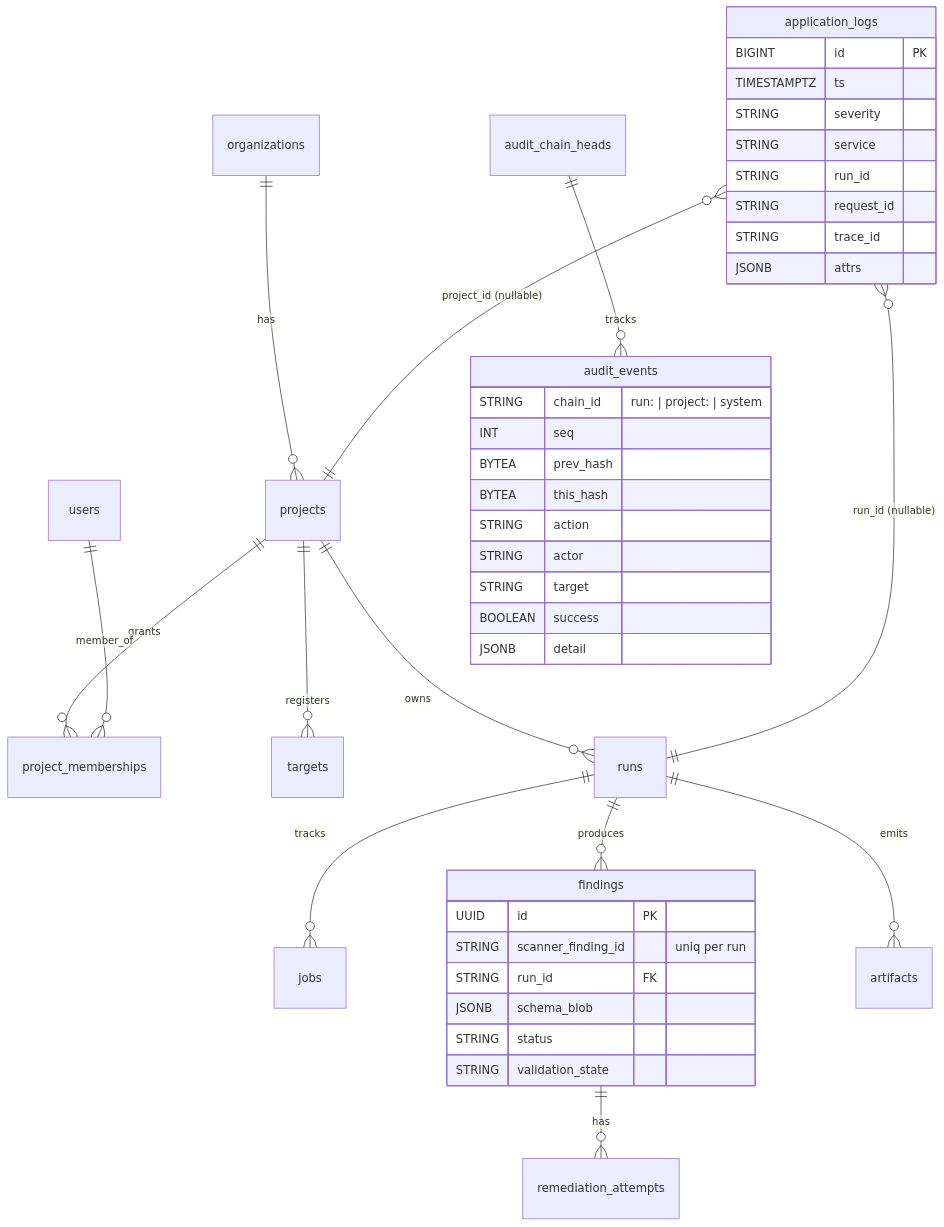
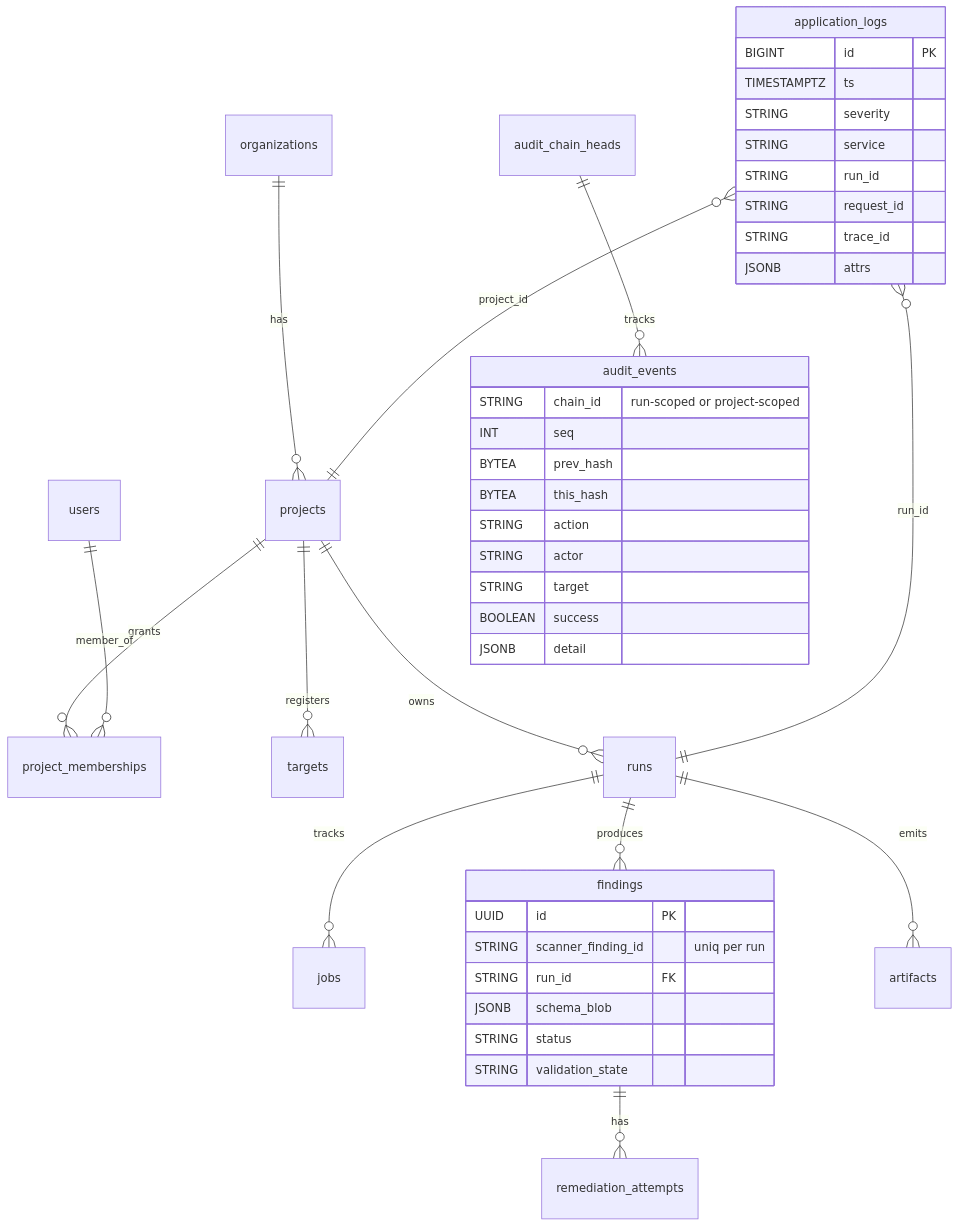
The fourth of 6 diagrams in docs/architecture/overview.md (IntelliBridge/ndia-red-team-simulator), drawn with Mermaid before and after one commit. The commit also changed other lines of this file and 8 other files, not shown here.

First line of the commit message:
mkdocs: fix every mermaid diagram against the Mermaid 11 parser

````diff
--- a/docs/architecture/overview.md
+++ b/docs/architecture/overview.md
@@ -168,45 +181,45 @@
 ```mermaid
 erDiagram
     organizations ||--o{ projects : has
     projects ||--o{ project_memberships : grants
     users ||--o{ project_memberships : member_of
     projects ||--o{ targets : registers
     projects ||--o{ runs : owns
     runs ||--o{ jobs : tracks
     runs ||--o{ findings : produces
     findings ||--o{ remediation_attempts : has
     runs ||--o{ artifacts : emits
     audit_chain_heads ||--o{ audit_events : tracks
-    application_logs }o--|| projects : "project_id (nullable)"
-    application_logs }o--|| runs : "run_id (nullable)"
+    application_logs }o--|| projects : project_id
+    application_logs }o--|| runs : run_id
 
     findings {
         UUID id PK
         STRING scanner_finding_id "uniq per run"
         STRING run_id FK
         JSONB schema_blob
         STRING status
         STRING validation_state
     }
     audit_events {
-        STRING chain_id "run:<id> | project:<id> | system"
+        STRING chain_id "run-scoped or project-scoped"
         INT seq
         BYTEA prev_hash
         BYTEA this_hash
         STRING action
         STRING actor
         STRING target
         BOOLEAN success
         JSONB detail
     }
     application_logs {
         BIGINT id PK
         TIMESTAMPTZ ts
         STRING severity
         STRING service
         STRING run_id
         STRING request_id
         STRING trace_id
         JSONB attrs
     }
 ```
````
